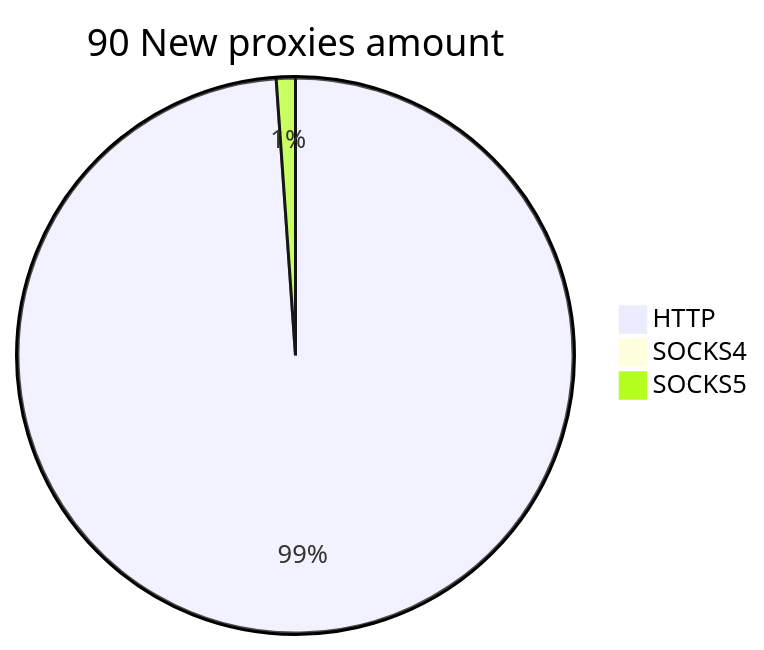
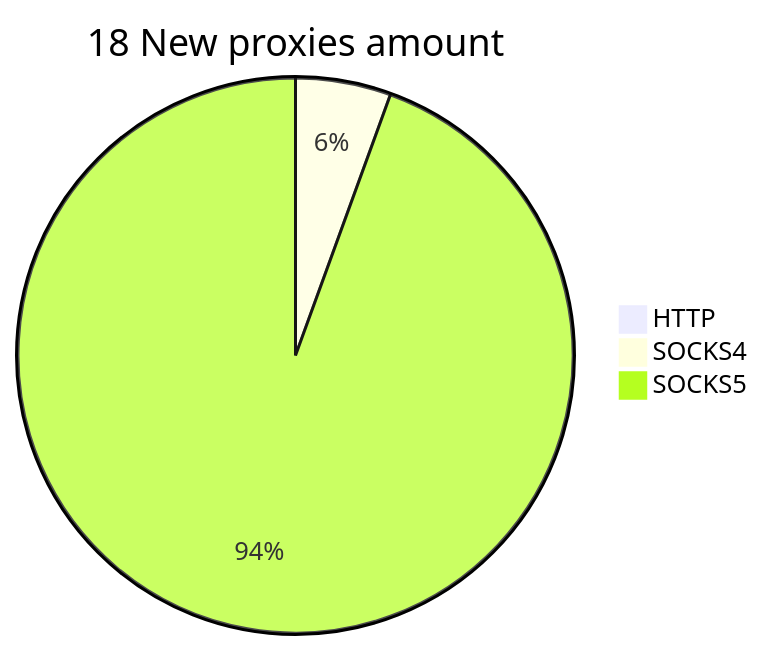
Before and after one commit to cutipu/proxylist: the second of 2 diagrams in README.md, drawn with Mermaid. The commit also changed other lines of this file, not shown here.

````diff
--- a/README.md
+++ b/README.md
@@ -10,6 +10,6 @@
 ```mermaid
-pie title 90 New proxies amount
-    "HTTP" : 89
-    "SOCKS4" : 0
-    "SOCKS5" : 1
+pie title 18 New proxies amount
+    "HTTP" : 0
+    "SOCKS4" : 1
+    "SOCKS5" : 17
 ```
````
